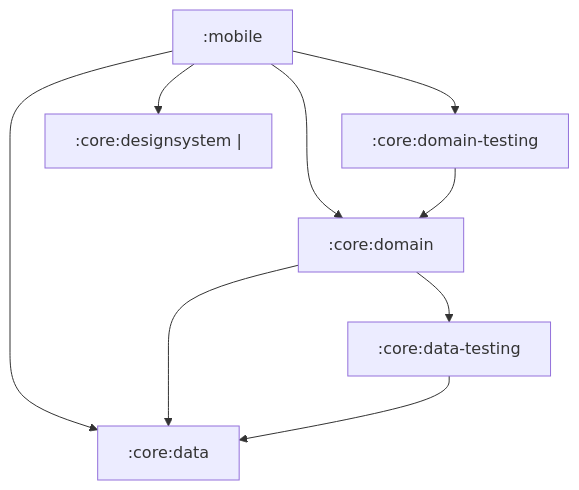
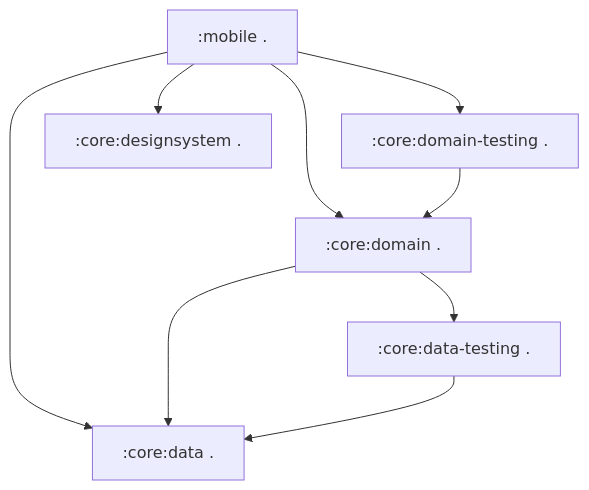
The first of 2 diagrams in topics/migrate-from-android.md (JetBrains/kotlin-multiplatform-dev-docs), drawn with Mermaid before and after one commit. The commit also changed other lines of this file, not shown here.

Commit message:
fix: testing mermaid

````diff
--- a/topics/migrate-from-android.md
+++ b/topics/migrate-from-android.md
@@ -227,34 +227,34 @@
 ```mermaid
 flowchart TB
   %% Style for modules
   %% classDef Module fill:#e6f7ff,stroke:#0086c9,stroke-width:1px,color:#003a52
 
   %% Modules
-  M_MOBILE[":mobile"]
-  M_CORE_DATA[":core:data"]
-  M_CORE_DATA_TESTING[":core:data-testing"]
-  M_CORE_DOMAIN[":core:domain"]
-  M_CORE_DOMAIN_TESTING[":core:domain-testing"]
-  M_CORE_DESIGNSYSTEM[":core:designsystem |"]
+  M_MOBILE[":mobile ."]
+  M_CORE_DATA[":core:data ."]
+  M_CORE_DATA_TESTING[":core:data-testing ."]
+  M_CORE_DOMAIN[":core:domain ."]
+  M_CORE_DOMAIN_TESTING[":core:domain-testing ."]
+  M_CORE_DESIGNSYSTEM[":core:designsystem ."]
 
   class M_MOBILE,M_CORE_DATA,M_CORE_DATA_TESTING,M_CORE_DOMAIN,M_CORE_DOMAIN_TESTING,M_CORE_DESIGNSYSTEM Module
 
   %% Internal dependencies between modules
   %% :mobile
   M_MOBILE --> M_CORE_DATA
   M_MOBILE --> M_CORE_DESIGNSYSTEM
   M_MOBILE --> M_CORE_DOMAIN
   M_MOBILE --> M_CORE_DOMAIN_TESTING
 
   %% :core:domain
   M_CORE_DOMAIN --> M_CORE_DATA
   M_CORE_DOMAIN --> M_CORE_DATA_TESTING
 
   %% :core:data-testing
   M_CORE_DATA_TESTING --> M_CORE_DATA
 
   %% :core:domain-testing
   M_CORE_DOMAIN_TESTING --> M_CORE_DOMAIN
 
   %% :core:designsystem and :core:data have no intra-project dependencies
 ```
````
